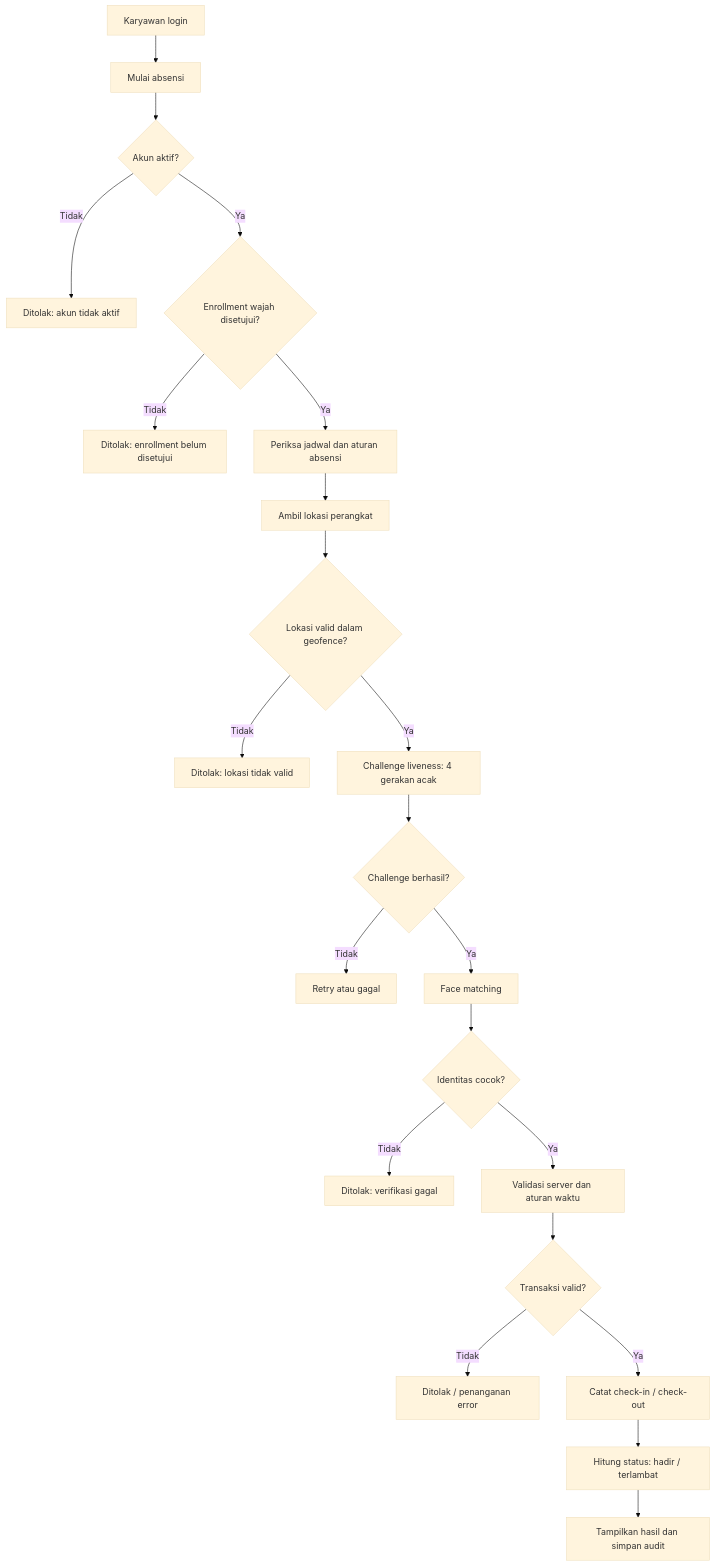
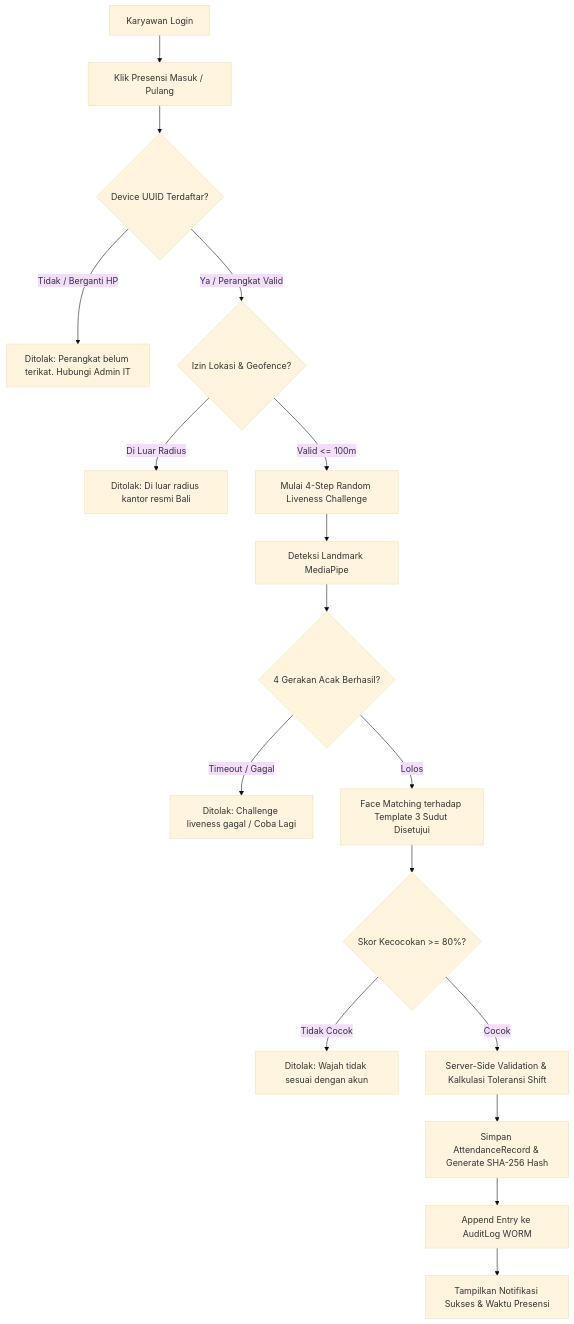
The second of 5 diagrams in PRD_Final_v1.0_Sistem_Absensi.md (ekajacx/jabsen), drawn with Mermaid (base theme) before and after one commit. The commit also changed other lines of this file, not shown here.

````diff
--- a/PRD_Final_v1.0_Sistem_Absensi.md
+++ b/PRD_Final_v1.0_Sistem_Absensi.md
@@ -648,24 +626,19 @@
 ```mermaid
 flowchart TD
-    A[Karyawan login] --> B[Mulai absensi]
-    B --> C{Akun aktif?}
-    C -- Tidak --> X[Ditolak: akun tidak aktif]
-    C -- Ya --> D{Enrollment wajah disetujui?}
-    D -- Tidak --> Y[Ditolak: enrollment belum disetujui]
-    D -- Ya --> E[Periksa jadwal dan aturan absensi]
-    E --> F[Ambil lokasi perangkat]
-    F --> G{Lokasi valid dalam geofence?}
-    G -- Tidak --> Z[Ditolak: lokasi tidak valid]
-    G -- Ya --> H[Challenge liveness: 4 gerakan acak]
-    H --> I{Challenge berhasil?}
-    I -- Tidak --> J[Retry atau gagal]
-    I -- Ya --> K[Face matching]
-    K --> L{Identitas cocok?}
-    L -- Tidak --> M[Ditolak: verifikasi gagal]
-    L -- Ya --> N[Validasi server dan aturan waktu]
-    N --> O{Transaksi valid?}
-    O -- Tidak --> P[Ditolak / penanganan error]
-    O -- Ya --> Q[Catat check-in / check-out]
-    Q --> R[Hitung status: hadir / terlambat]
-    R --> S[Tampilkan hasil dan simpan audit]
+    A[Karyawan Login] --> B[Klik Presensi Masuk / Pulang]
+    B --> C{Device UUID Terdaftar?}
+    C -- Tidak / Berganti HP --> X1[Ditolak: Perangkat belum terikat. Hubungi Admin IT]
+    C -- Ya / Perangkat Valid --> D{Izin Lokasi & Geofence?}
+    D -- Di Luar Radius --> X2[Ditolak: Di luar radius kantor resmi Bali]
+    D -- Valid <= 100m --> E[Mulai 4-Step Random Liveness Challenge]
+    E --> F[Deteksi Landmark MediaPipe]
+    F --> G{4 Gerakan Acak Berhasil?}
+    G -- Timeout / Gagal --> X3[Ditolak: Challenge liveness gagal / Coba Lagi]
+    G -- Lolos --> H[Face Matching terhadap Template 3 Sudut Disetujui]
+    H --> I{Skor Kecocokan >= 80%?}
+    I -- Tidak Cocok --> X4[Ditolak: Wajah tidak sesuai dengan akun]
+    I -- Cocok --> J[Server-Side Validation & Kalkulasi Toleransi Shift]
+    J --> K[Simpan AttendanceRecord & Generate SHA-256 Hash]
+    K --> L[Append Entry ke AuditLog WORM]
+    L --> M[Tampilkan Notifikasi Sukses & Waktu Presensi]
 ```
````
